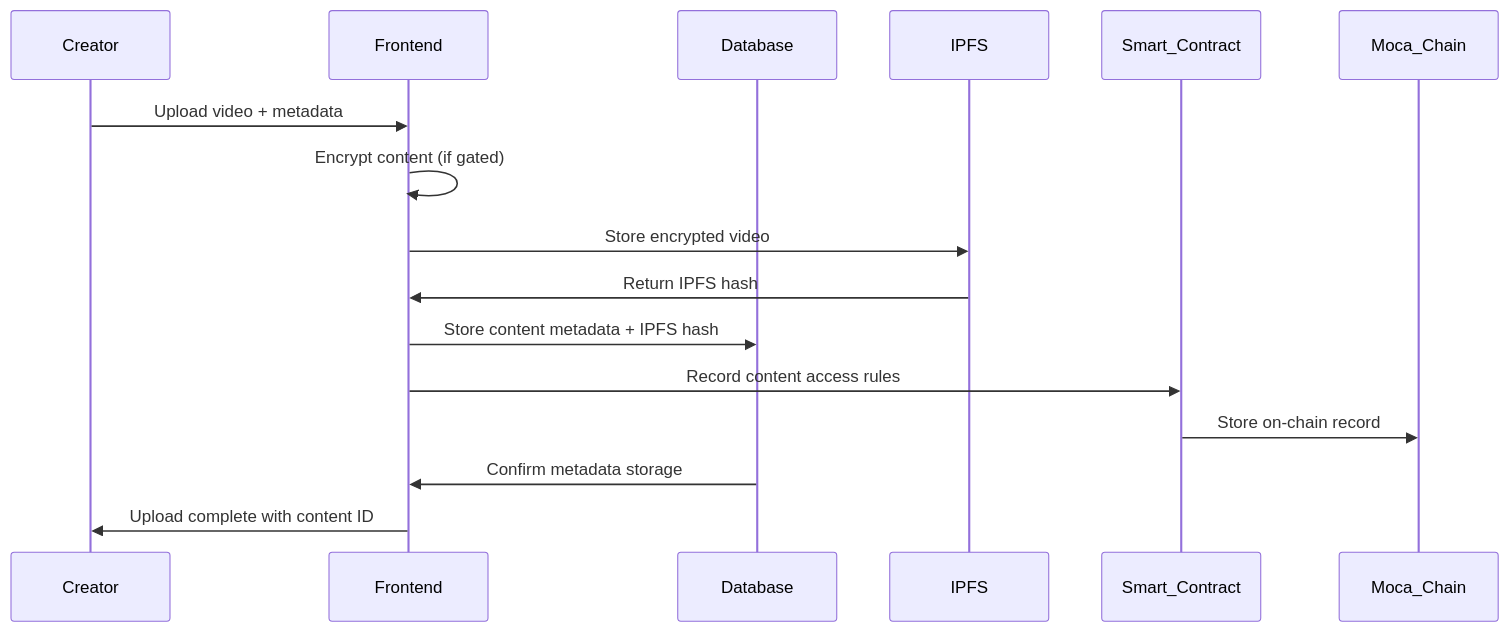
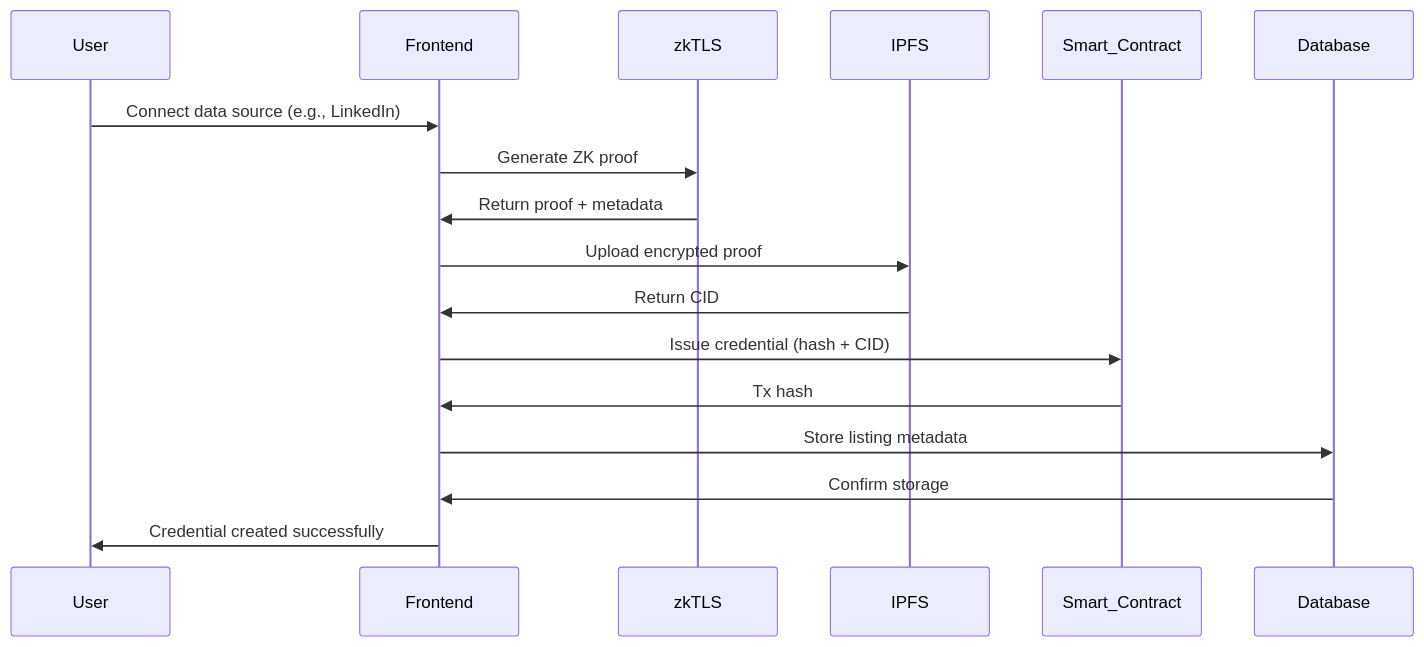
The first of 3 diagrams in docs/storage-plans.md (adetyaz/enclave), drawn with Mermaid before and after one commit. The commit also changed other lines of this file and 14 other files, not shown here.

````diff
--- a/docs/storage-plans.md
+++ b/docs/storage-plans.md
@@ -427,19 +590,20 @@
 ```mermaid
 sequenceDiagram
-    participant Creator
+    participant User
     participant Frontend
-    participant Database
+    participant zkTLS
     participant IPFS
     participant Smart_Contract
-    participant Moca_Chain
+    participant Database
 
-    Creator->>Frontend: Upload video + metadata
-    Frontend->>Frontend: Encrypt content (if gated)
-    Frontend->>IPFS: Store encrypted video
-    IPFS->>Frontend: Return IPFS hash
-    Frontend->>Database: Store content metadata + IPFS hash
-    Frontend->>Smart_Contract: Record content access rules
-    Smart_Contract->>Moca_Chain: Store on-chain record
-    Database->>Frontend: Confirm metadata storage
-    Frontend->>Creator: Upload complete with content ID
+    User->>Frontend: Connect data source (e.g., LinkedIn)
+    Frontend->>zkTLS: Generate ZK proof
+    zkTLS->>Frontend: Return proof + metadata
+    Frontend->>IPFS: Upload encrypted proof
+    IPFS->>Frontend: Return CID
+    Frontend->>Smart_Contract: Issue credential (hash + CID)
+    Smart_Contract->>Frontend: Tx hash
+    Frontend->>Database: Store listing metadata
+    Database->>Frontend: Confirm storage
+    Frontend->>User: Credential created successfully
 ```
````
